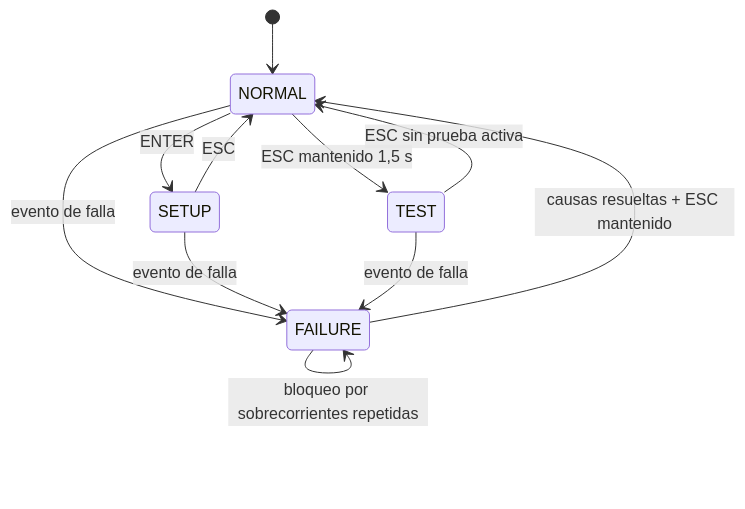
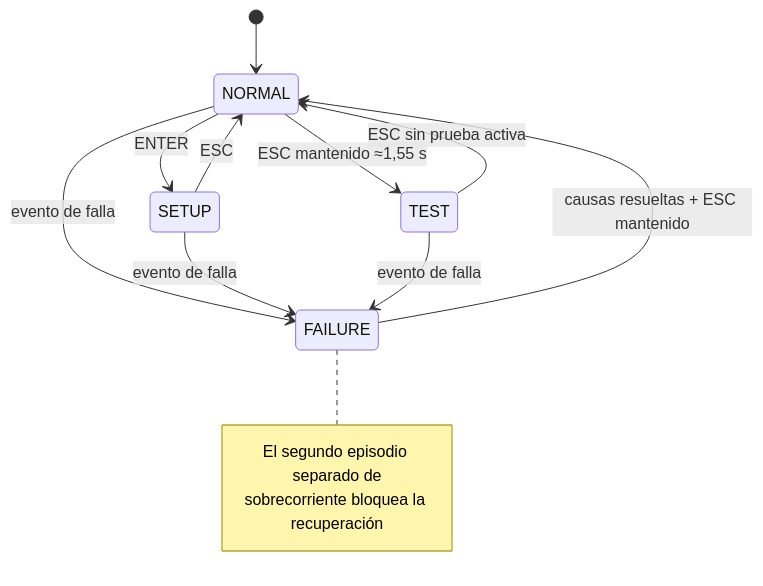
The third of 3 diagrams in Memoria Tecnica/Memoria Tecnica.md (igonzalezb/tdse-tf_3-03), drawn with Mermaid before and after one commit. The commit also changed other lines of this file, not shown here.

````diff
--- a/Memoria Tecnica/Memoria Tecnica.md
+++ b/Memoria Tecnica/Memoria Tecnica.md
@@ -631,13 +630,16 @@
 ```mermaid
 stateDiagram-v2
     [*] --> NORMAL
     NORMAL --> SETUP: ENTER
     SETUP --> NORMAL: ESC
-    NORMAL --> TEST: ESC mantenido 1,5 s
+    NORMAL --> TEST: ESC mantenido ≈1,55 s
     TEST --> NORMAL: ESC sin prueba activa
     NORMAL --> FAILURE: evento de falla
     SETUP --> FAILURE: evento de falla
     TEST --> FAILURE: evento de falla
     FAILURE --> NORMAL: causas resueltas + ESC mantenido
-    FAILURE --> FAILURE: bloqueo por sobrecorrientes repetidas
+    note right of FAILURE
+      El segundo episodio separado de
+      sobrecorriente bloquea la recuperación
+    end note
 ```
````
